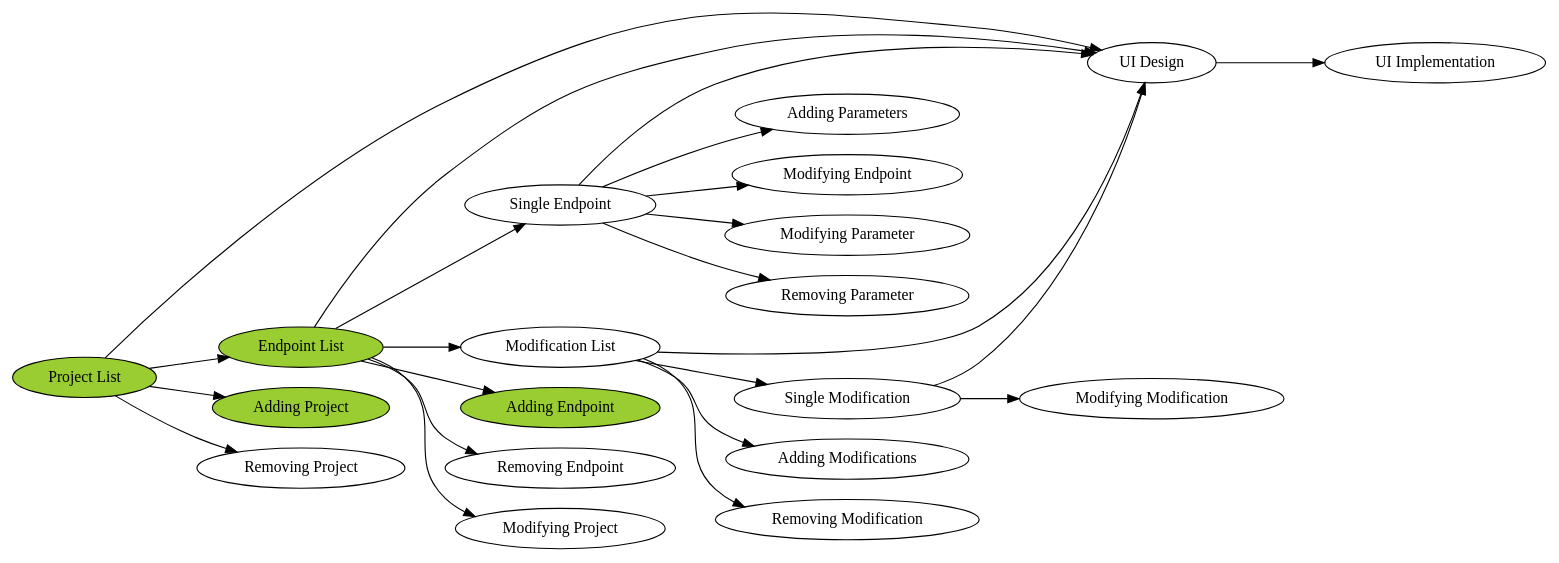
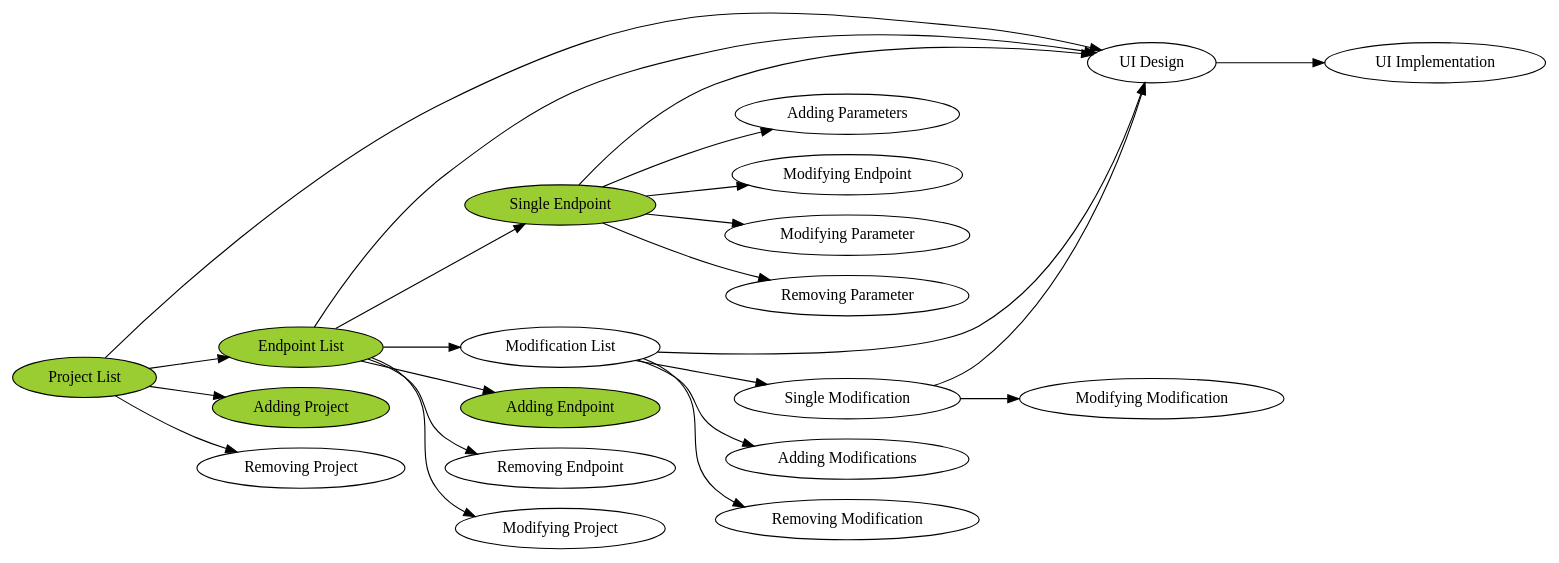
One commit to jaccek/endpoint-mock changed the diagram in doc/tasks.dot. Above: the diagram before and after it, drawn with Graphviz. The commit also changed 8 other files, not shown here.

```diff
--- a/doc/tasks.dot
+++ b/doc/tasks.dot
@@ -1,60 +1,61 @@
 digraph {
     //layout = circo;
     //mindist = .5;
     rankdir=LR;
 
     disp_project_list -> ui_design;
     disp_project_list -> disp_endpoint_list;
     disp_project_list -> adding_project;
     disp_project_list -> removing_project;
 
     disp_endpoint_list -> ui_design;
     disp_endpoint_list -> disp_single_endpoint;
     disp_endpoint_list -> disp_modification_list;
     disp_endpoint_list -> adding_endpoint;
     disp_endpoint_list -> removing_endpoint;
     disp_endpoint_list -> modifying_project;
 
     disp_single_endpoint -> ui_design;
     disp_single_endpoint -> adding_parameter;
     disp_single_endpoint -> modifying_endpoint;
     disp_single_endpoint -> modifying_parameter;
     disp_single_endpoint -> removing_parameter;
 
     disp_modification_list -> ui_design;
     disp_modification_list -> disp_single_modification;
     disp_modification_list -> adding_modification;
     disp_modification_list -> removing_modification;
 
     disp_single_modification -> ui_design;
     disp_single_modification -> modifying_modification;
 
     ui_design -> ui_implementation;
 
 
 
 
     disp_project_list           [label="Project List", style="filled", fillcolor="yellowgreen"];
     disp_endpoint_list          [label="Endpoint List", style="filled", fillcolor="yellowgreen"];
     disp_modification_list      [label="Modification List"];
-    disp_single_endpoint        [label="Single Endpoint"];
+    
+    disp_single_endpoint        [label="Single Endpoint", style="filled", fillcolor="yellowgreen"];
     disp_single_modification    [label="Single Modification"];
 
     ui_implementation   [label="UI Implementation"];
     ui_design           [label="UI Design"];
 
     adding_project          [label="Adding Project", style="filled", fillcolor="yellowgreen"];
     adding_endpoint         [label="Adding Endpoint", style="filled", fillcolor="yellowgreen"];
     adding_parameter        [label="Adding Parameters"];
     adding_modification     [label="Adding Modifications"];
 
     modifying_project       [label="Modifying Project"];
     modifying_endpoint      [label="Modifying Endpoint"];
     modifying_parameter     [label="Modifying Parameter"];
     modifying_modification  [label="Modifying Modification"];
 
     removing_project        [label="Removing Project"];
     removing_endpoint       [label="Removing Endpoint"];
     removing_parameter      [label="Removing Parameter"];
     removing_modification   [label="Removing Modification"];
 }
```
